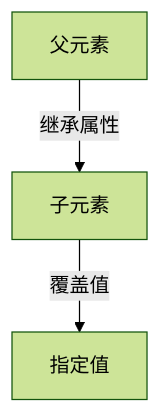
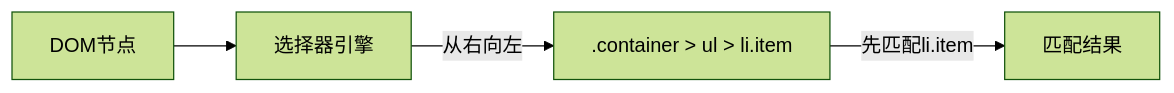
One commit to jianhua1996/vitepress-blog changed the sixth of 9 diagrams in posts/浏览器渲染原理（一）.md. Above: the diagram before and after it, drawn with Mermaid (forest theme). The commit also changed other lines of this file, not shown here.

````diff
--- a/posts/浏览器渲染原理（一）.md
+++ b/posts/浏览器渲染原理（一）.md
@@ -264,5 +211,6 @@
 ```mermaid
-flowchart TB
-    P[父元素] -->|继承属性| C[子元素]
-    C -->|覆盖值| S[指定值]
+  flowchart LR
+  D[DOM节点] --> S[选择器引擎]
+  S -->|从右向左| R[.container > ul > li.item]
+  R -->|先匹配li.item| M[匹配结果]
 ```
````
